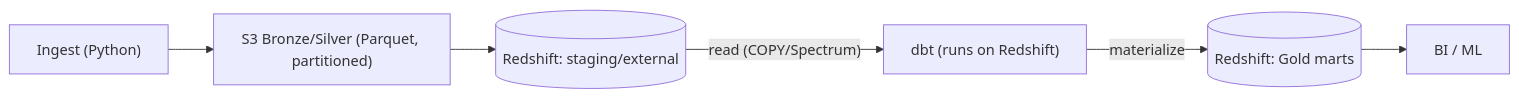
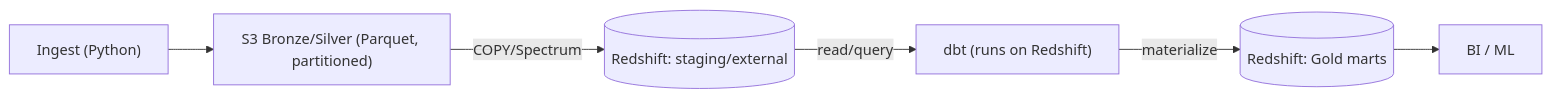
The second of 2 diagrams in README.md (AmitSass/algae-data-infrastructure), drawn with Mermaid before and after one commit.

Commit message:
fix: Correct arrow labels in production architecture diagram
- Move COPY/Spectrum label to S3 -> Redshift arrow (data loading mechanism)
- Change Redshift -> dbt to 'read/query' (SQL execution)
- Keep dbt -> Redshift as 'materialize' (Gold table creation)
- Reflect accurate data flow and operations

````diff
--- a/README.md
+++ b/README.md
@@ -77,9 +77,9 @@
 ```mermaid
 flowchart LR
   A["Ingest (Python)"] --> B["S3 Bronze/Silver (Parquet, partitioned)"]
-  B --> C[("Redshift: staging/external")]
+  B -->|"COPY/Spectrum"| C[("Redshift: staging/external")]
   D["dbt (runs on Redshift)"]
-  C -->|"read (COPY/Spectrum)"| D
+  C -->|"read/query"| D
   D -->|"materialize"| E[("Redshift: Gold marts")]
   E --> F["BI / ML"]
 ```
````
